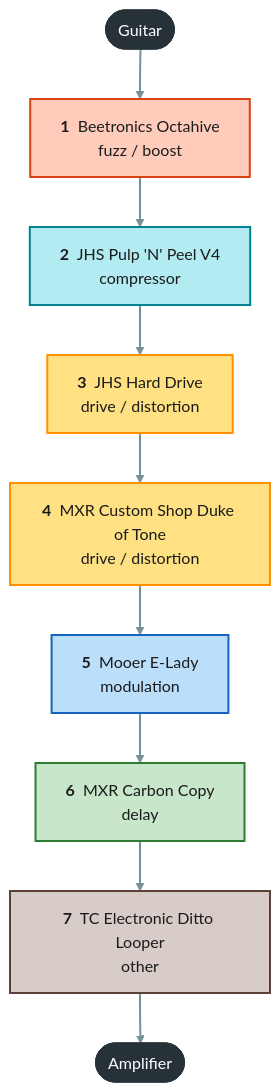
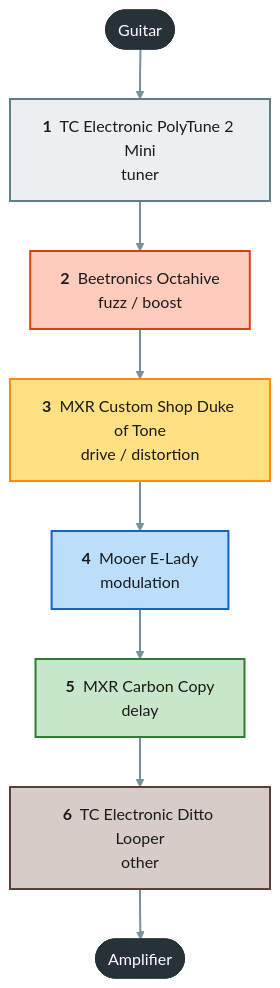
One commit to pedroacvieira/pedalboard changed the first of 2 diagrams in projects/guitar-practice/README.md. Above: the diagram before and after it, drawn with Mermaid. The commit also changed other lines of this file and 12 other files, not shown here.

````diff
--- a/projects/guitar-practice/README.md
+++ b/projects/guitar-practice/README.md
@@ -11,21 +11,20 @@
 ```mermaid
 flowchart TB
     guitar(["Guitar"]):::endpoint
-    octahive["<b>1</b> &nbsp;Beetronics Octahive<br/>fuzz / boost"]:::c_fuzz___boost
-    jhs_pulp_n_peel_v4["<b>2</b> &nbsp;JHS Pulp 'N' Peel V4<br/>compressor"]:::c_compressor
-    jhs_hard_drive["<b>3</b> &nbsp;JHS Hard Drive<br/>drive / distortion"]:::c_drive___distortion
-    duke_of_tone["<b>4</b> &nbsp;MXR Custom Shop Duke of Tone<br/>drive / distortion"]:::c_drive___distortion
-    e_lady["<b>5</b> &nbsp;Mooer E-Lady<br/>modulation"]:::c_modulation
-    carbon_copy["<b>6</b> &nbsp;MXR Carbon Copy<br/>delay"]:::c_delay
-    ditto_looper["<b>7</b> &nbsp;TC Electronic Ditto Looper<br/>other"]:::c_other
+    polytune_2_mini["<b>1</b> &nbsp;TC Electronic PolyTune 2 Mini<br/>tuner"]:::c_tuner
+    octahive["<b>2</b> &nbsp;Beetronics Octahive<br/>fuzz / boost"]:::c_fuzz___boost
+    duke_of_tone["<b>3</b> &nbsp;MXR Custom Shop Duke of Tone<br/>drive / distortion"]:::c_drive___distortion
+    e_lady["<b>4</b> &nbsp;Mooer E-Lady<br/>modulation"]:::c_modulation
+    carbon_copy["<b>5</b> &nbsp;MXR Carbon Copy<br/>delay"]:::c_delay
+    ditto_looper["<b>6</b> &nbsp;TC Electronic Ditto Looper<br/>other"]:::c_other
     amp(["Amplifier"]):::endpoint
-    guitar --> octahive --> jhs_pulp_n_peel_v4 --> jhs_hard_drive --> duke_of_tone --> e_lady --> carbon_copy --> ditto_looper --> amp
+    guitar --> polytune_2_mini --> octahive --> duke_of_tone --> e_lady --> carbon_copy --> ditto_looper --> amp
     classDef endpoint fill:#263238,stroke:#263238,color:#ffffff
-    classDef c_compressor fill:#b2ebf2,stroke:#00838f,stroke-width:2px,color:#1b1b1b
+    classDef c_tuner fill:#eceff1,stroke:#607d8b,stroke-width:2px,color:#1b1b1b
     classDef c_fuzz___boost fill:#ffccbc,stroke:#d84315,stroke-width:2px,color:#1b1b1b
     classDef c_drive___distortion fill:#ffe082,stroke:#ff8f00,stroke-width:2px,color:#1b1b1b
     classDef c_modulation fill:#bbdefb,stroke:#1565c0,stroke-width:2px,color:#1b1b1b
     classDef c_delay fill:#c8e6c9,stroke:#2e7d32,stroke-width:2px,color:#1b1b1b
     classDef c_other fill:#d7ccc8,stroke:#5d4037,stroke-width:2px,color:#1b1b1b
     linkStyle default stroke:#78909c,stroke-width:2px
 ```
````
